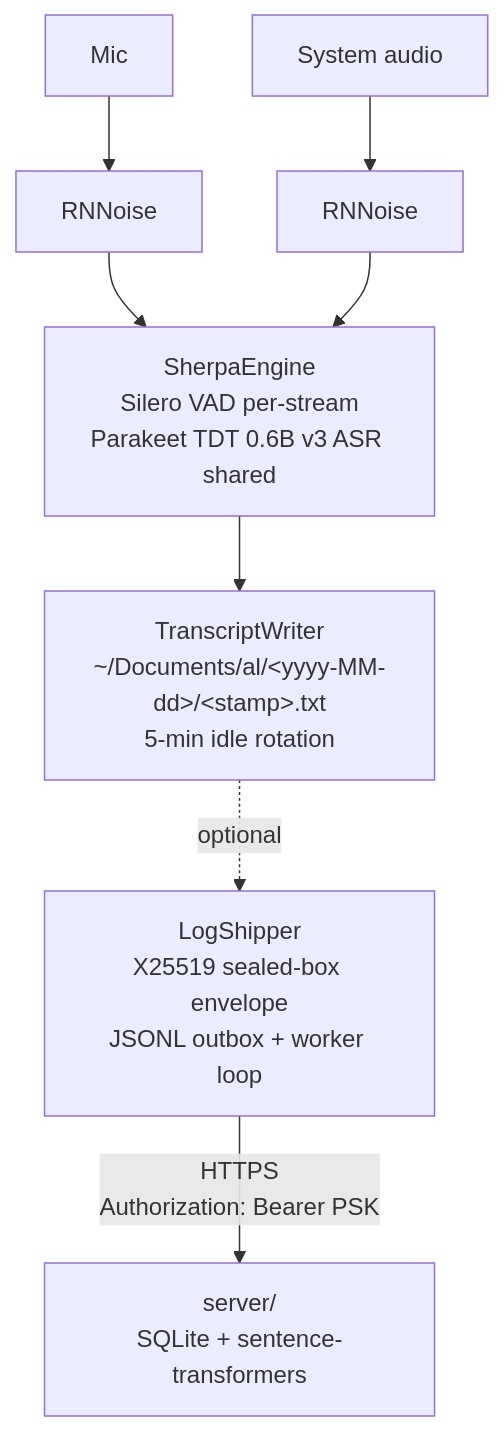
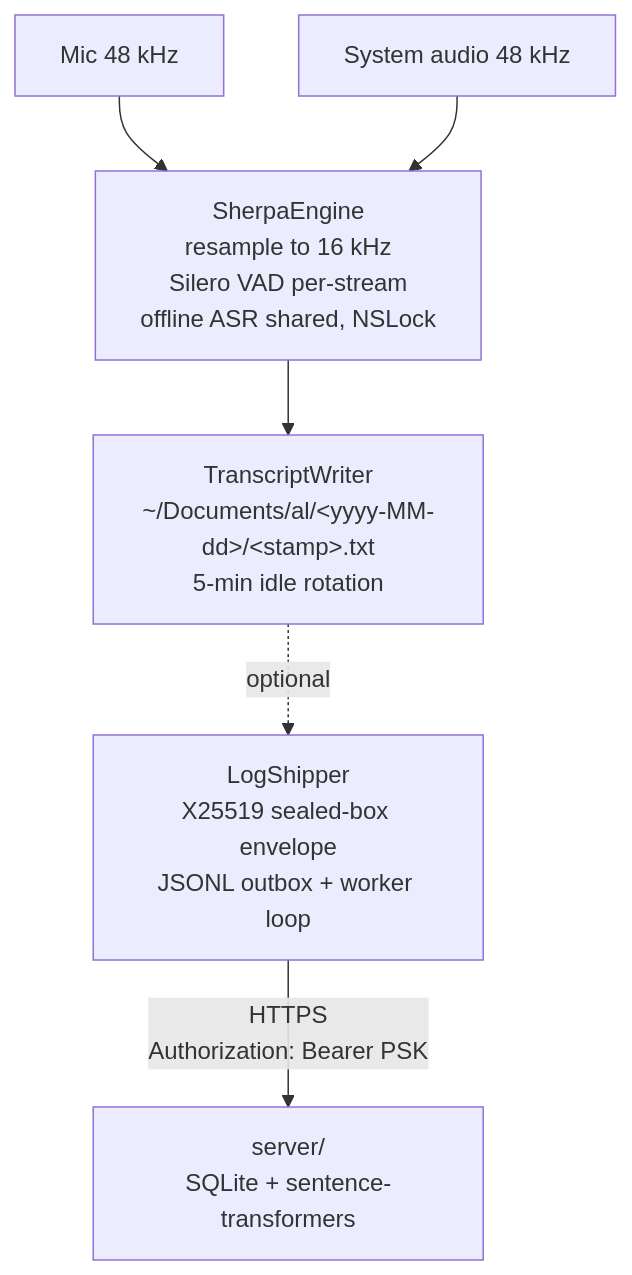
Before and after one commit to mtib/al: the diagram in CLAUDE.md, drawn with Mermaid. The commit also changed other lines of this file and 29 other files, not shown here.

````diff
--- a/CLAUDE.md
+++ b/CLAUDE.md
@@ -30,10 +30,8 @@
 ```mermaid
 flowchart TD
-    Mic[Mic] --> MicDenoise[RNNoise]
-    Sys[System audio] --> SysDenoise[RNNoise]
-    MicDenoise --> Engine[SherpaEngine<br>Silero VAD per-stream<br>Parakeet TDT 0.6B v3 ASR shared]
-    SysDenoise --> Engine
+    Mic[Mic 48 kHz] --> Engine[SherpaEngine<br>resample to 16 kHz<br>Silero VAD per-stream<br>offline ASR shared, NSLock]
+    Sys[System audio 48 kHz] --> Engine
     Engine --> Writer[TranscriptWriter<br>~/Documents/al/&lt;yyyy-MM-dd&gt;/&lt;stamp&gt;.txt<br>5-min idle rotation]
     Writer -. optional .-> Shipper[LogShipper<br>X25519 sealed-box envelope<br>JSONL outbox + worker loop]
     Shipper -- HTTPS<br>Authorization: Bearer PSK --> Server[server/<br>SQLite + sentence-transformers]
 ```
````
